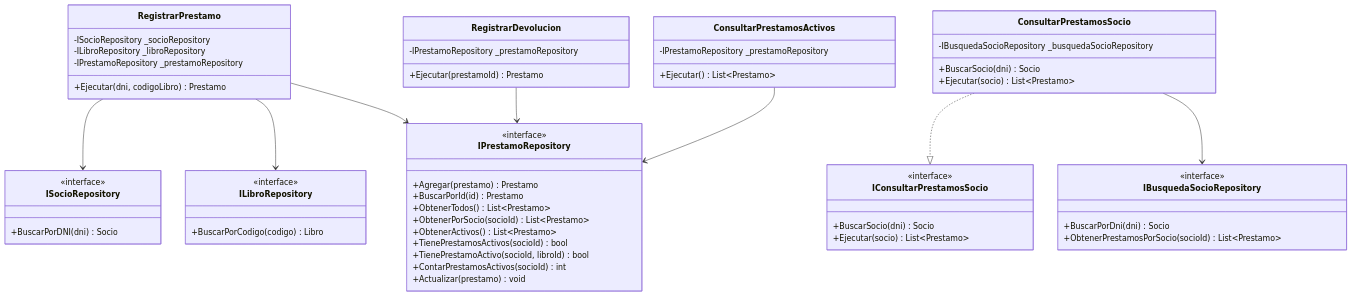
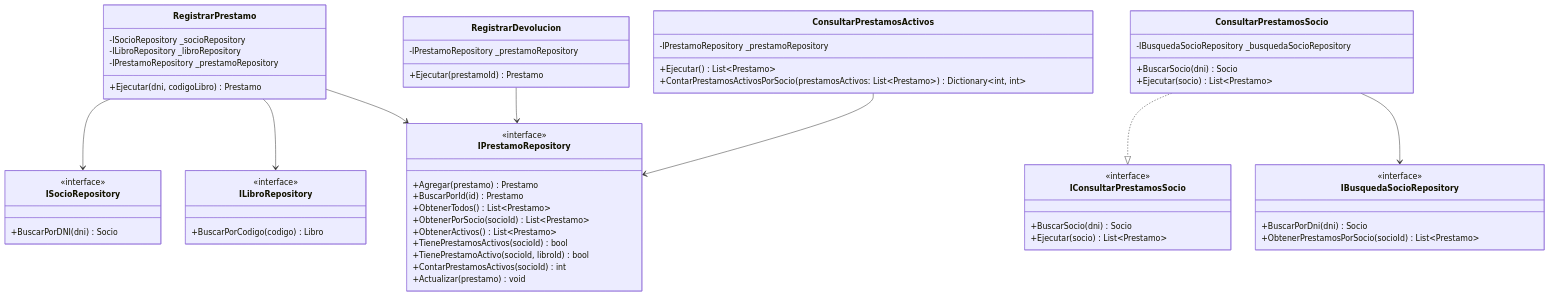
One commit to gabcas2/Trabajo-integrador-UNAJbooks changed the third of 3 diagrams in TP_integrador_2026/Documentacion/DiagramaUML/DiagramaAplicacion.md. Above: the diagram before and after it, drawn with Mermaid. The commit also changed other lines of this file and 32 other files, not shown here.

````diff
--- a/TP_integrador_2026/Documentacion/DiagramaUML/DiagramaAplicacion.md
+++ b/TP_integrador_2026/Documentacion/DiagramaUML/DiagramaAplicacion.md
@@ -120,72 +124,73 @@
 ```mermaid
 classDiagram
 direction TB
 
 class IPrestamoRepository {
     <<interface>>
     +Agregar(prestamo) Prestamo
     +BuscarPorId(id) Prestamo
     +ObtenerTodos() List~Prestamo~
     +ObtenerPorSocio(socioId) List~Prestamo~
     +ObtenerActivos() List~Prestamo~
     +TienePrestamosActivos(socioId) bool
     +TienePrestamoActivo(socioId, libroId) bool
     +ContarPrestamosActivos(socioId) int
     +Actualizar(prestamo) void
 }
 
 class IBusquedaSocioRepository {
     <<interface>>
     +BuscarPorDni(dni) Socio
     +ObtenerPrestamosPorSocio(socioId) List~Prestamo~
 }
 
 class IConsultarPrestamosSocio {
     <<interface>>
     +BuscarSocio(dni) Socio
     +Ejecutar(socio) List~Prestamo~
 }
 
 class ISocioRepository {
     <<interface>>
     +BuscarPorDNI(dni) Socio
 }
 
 class ILibroRepository {
     <<interface>>
     +BuscarPorCodigo(codigo) Libro
 }
 
 class RegistrarPrestamo {
     -ISocioRepository _socioRepository
     -ILibroRepository _libroRepository
     -IPrestamoRepository _prestamoRepository
     +Ejecutar(dni, codigoLibro) Prestamo
 }
 
 class RegistrarDevolucion {
     -IPrestamoRepository _prestamoRepository
     +Ejecutar(prestamoId) Prestamo
 }
 
 class ConsultarPrestamosActivos {
     -IPrestamoRepository _prestamoRepository
     +Ejecutar() List~Prestamo~
+    +ContarPrestamosActivosPorSocio(prestamosActivos: List~Prestamo~) Dictionary~int, int~
 }
 
 class ConsultarPrestamosSocio {
     -IBusquedaSocioRepository _busquedaSocioRepository
     +BuscarSocio(dni) Socio
     +Ejecutar(socio) List~Prestamo~
 }
 
 ConsultarPrestamosSocio ..|> IConsultarPrestamosSocio
 
 RegistrarPrestamo --> ISocioRepository
 RegistrarPrestamo --> ILibroRepository
 RegistrarPrestamo --> IPrestamoRepository
 
 RegistrarDevolucion --> IPrestamoRepository
 ConsultarPrestamosActivos --> IPrestamoRepository
 ConsultarPrestamosSocio --> IBusquedaSocioRepository
 ```
````
